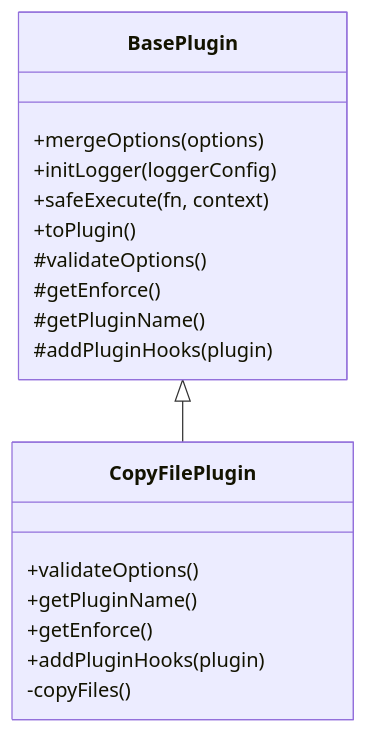
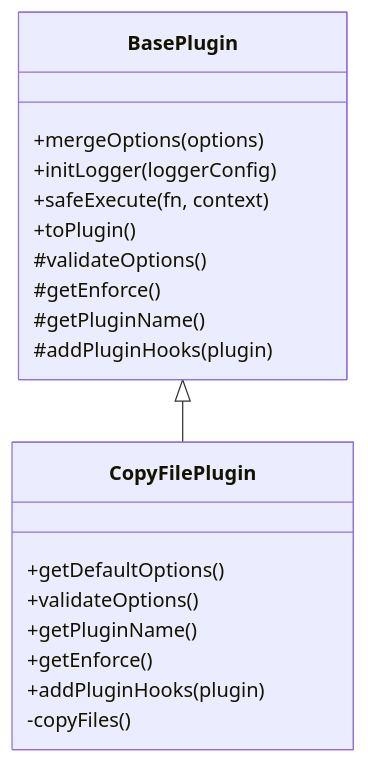
The third of 5 diagrams in .qoder/repowiki/zh/content/核心插件/文件复制插件 (copyFile).md (MengXi-Studio/vite-plugin), drawn with Mermaid before and after one commit. The commit also changed other lines of this file and 5 other files, not shown here.

````diff
--- a/.qoder/repowiki/zh/content/核心插件/文件复制插件 (copyFile).md
+++ b/.qoder/repowiki/zh/content/核心插件/文件复制插件 (copyFile).md
@@ -163,21 +167,22 @@
 ```mermaid
 classDiagram
 class BasePlugin {
 +mergeOptions(options)
 +initLogger(loggerConfig)
 +safeExecute(fn, context)
 +toPlugin()
 #validateOptions()
 #getEnforce()
 #getPluginName()
 #addPluginHooks(plugin)
 }
 class CopyFilePlugin {
++getDefaultOptions()
 +validateOptions()
 +getPluginName()
 +getEnforce()
 +addPluginHooks(plugin)
 -copyFiles()
 }
 BasePlugin <|-- CopyFilePlugin
 ```
````
